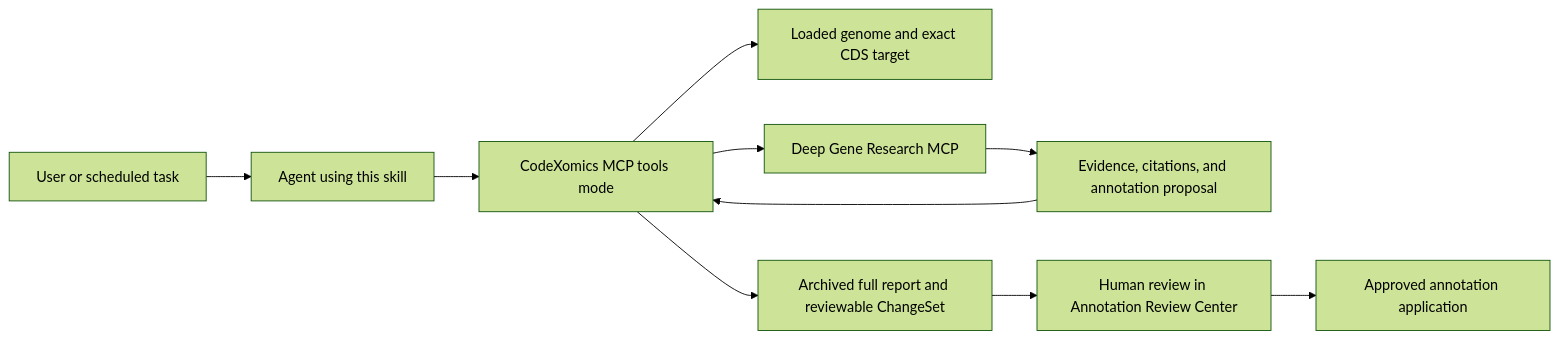
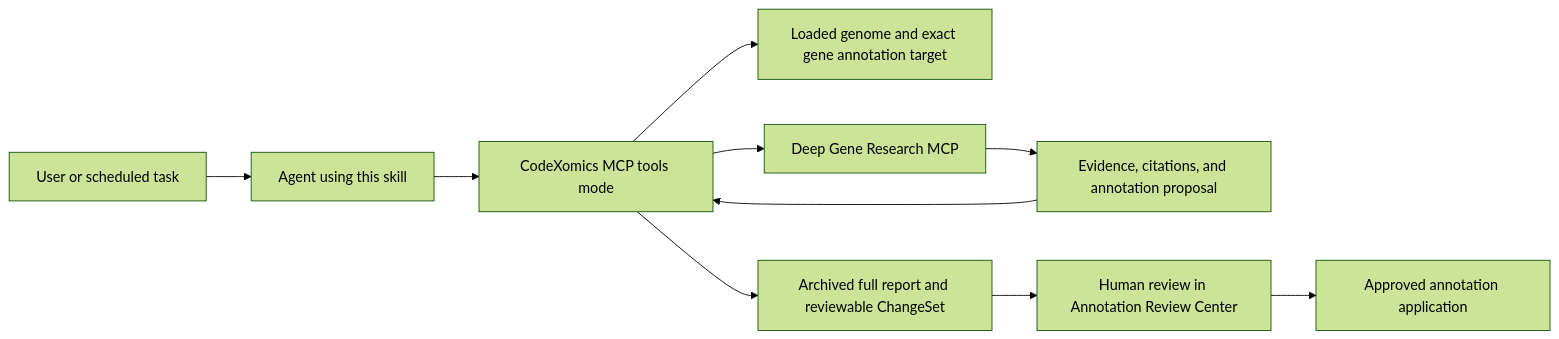
Before and after one commit to Scilence2022/GenomeAnnotationSkills: the diagram in README.md, drawn with Mermaid (forest theme). The commit also changed other lines of this file and 8 other files, not shown here.

````diff
--- a/README.md
+++ b/README.md
@@ -15,12 +15,12 @@
 ```mermaid
 flowchart LR
     U["User or scheduled task"] --> A["Agent using this skill"]
     A --> C["CodeXomics MCP tools mode"]
-    C --> G["Loaded genome and exact CDS target"]
+    C --> G["Loaded genome and exact gene annotation target"]
     C --> D["Deep Gene Research MCP"]
     D --> E["Evidence, citations, and annotation proposal"]
     E --> C
     C --> R["Archived full report and reviewable ChangeSet"]
     R --> H["Human review in Annotation Review Center"]
     H --> P["Approved annotation application"]
 ```
````
